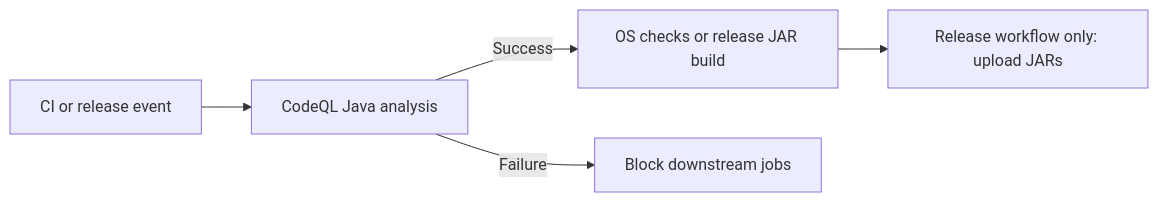
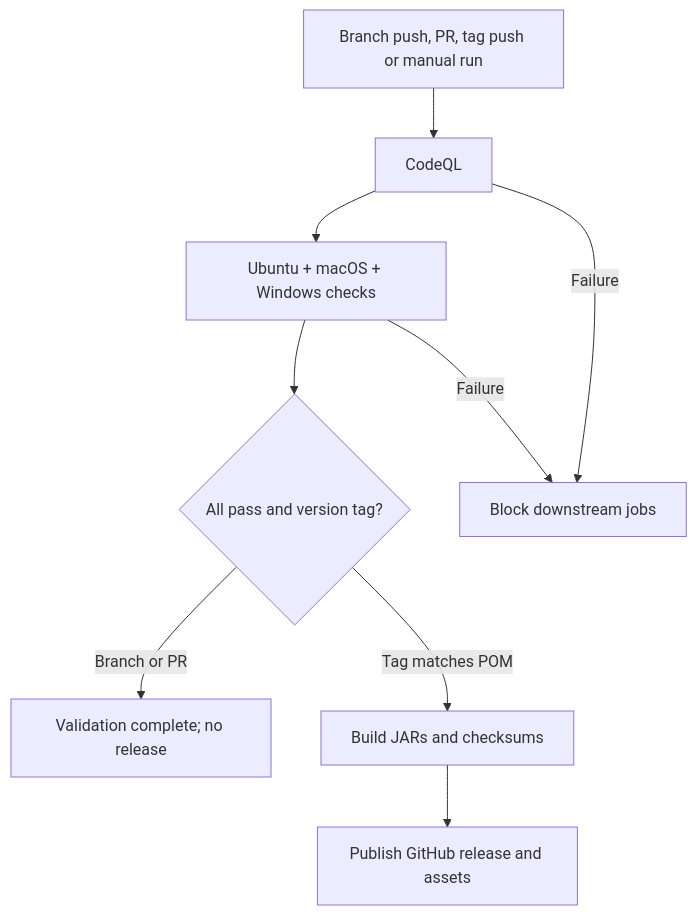
Before and after one commit to Comcast/Oscar: the diagram in docs/wiki/development.md, drawn with Mermaid. The commit also changed other lines of this file and 9 other files, not shown here.

````diff
--- a/docs/wiki/development.md
+++ b/docs/wiki/development.md
@@ -244,7 +253,11 @@
 ```mermaid
-flowchart LR
-    Event[CI or release event] --> Scan[CodeQL Java analysis]
-    Scan -->|Success| Build[OS checks or release JAR build]
+flowchart TD
+    Event[Branch push, PR, tag push or manual run] --> Scan[CodeQL]
+    Scan --> OS[Ubuntu + macOS + Windows checks]
+    OS --> Gate{All pass and version tag?}
+    Gate -->|Branch or PR| Done[Validation complete; no release]
+    Gate -->|Tag matches POM| Jars[Build JARs and checksums]
+    Jars --> Publish[Publish GitHub release and assets]
     Scan -->|Failure| Stop[Block downstream jobs]
-    Build --> Assets[Release workflow only: upload JARs]
+    OS -->|Failure| Stop
 ```
````
